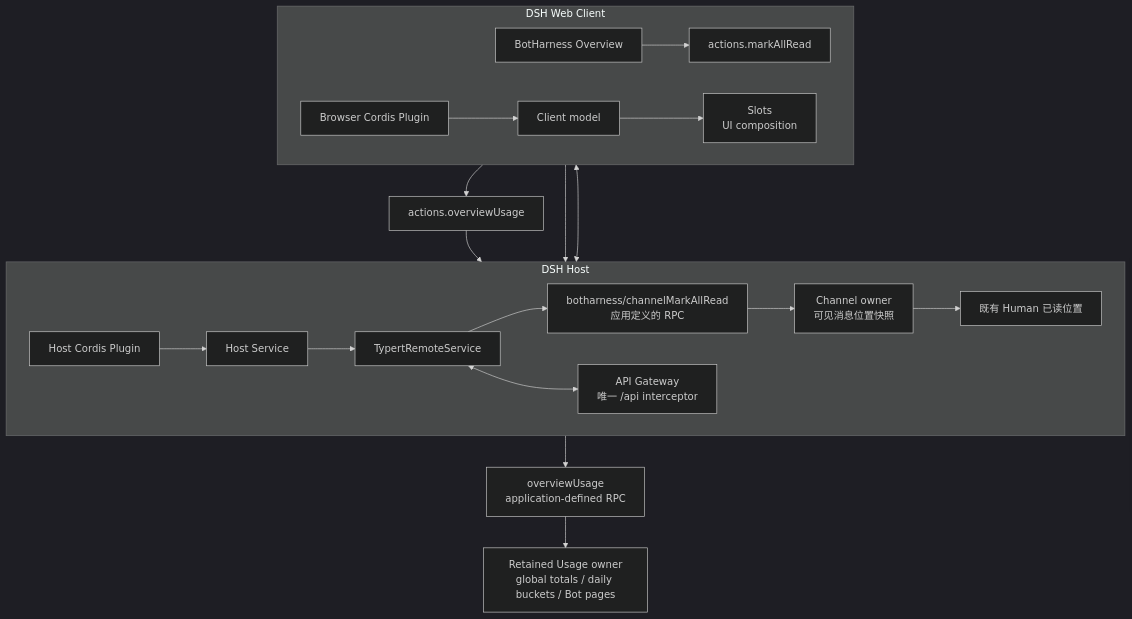
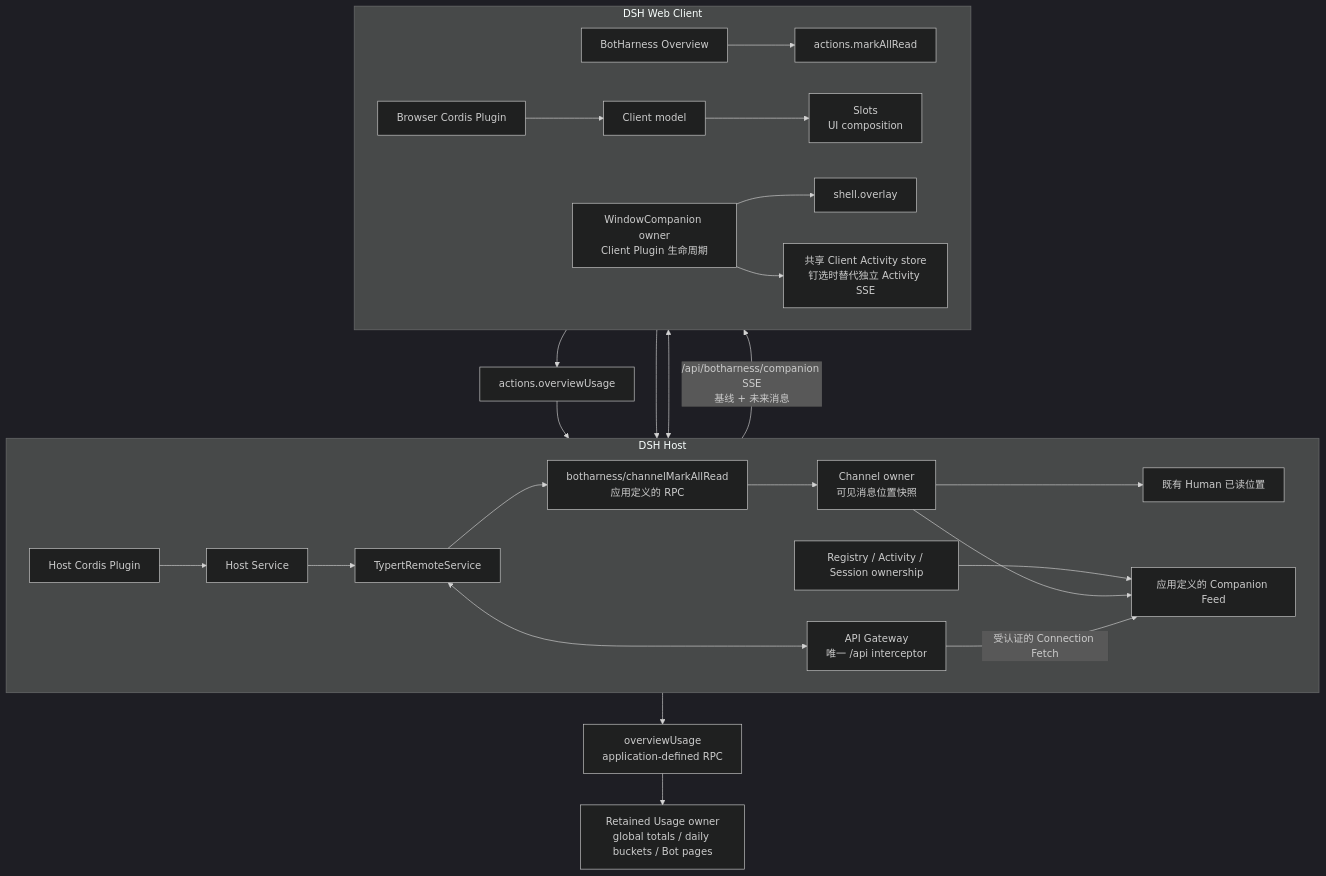
Before and after one commit to BotHarness/BotHarness: the diagram in docs/architecture/diagrams/09-dsh-host-client.mmd, drawn with Mermaid (dark theme). The commit also changed 14 other files, not shown here.

```diff
--- a/docs/architecture/diagrams/09-dsh-host-client.mmd
+++ b/docs/architecture/diagrams/09-dsh-host-client.mmd
@@ -1,22 +1,28 @@
 flowchart TB
   subgraph Host["DSH Host"]
     direction LR
     HostPlugin["Host Cordis Plugin"] --> Service["Host Service"]
     Service --> Remote["TypertRemoteService"]
     ReadRPC["botharness/channelMarkAllRead<br/>应用定义的 RPC"] --> Channels["Channel owner<br/>可见消息位置快照"]
     Channels --> ReadPositions["既有 Human 已读位置"]
     Remote <--> Gateway["API Gateway<br/>唯一 /api interceptor"]
+    Registry["Registry / Activity / Session ownership"] --> Feed["应用定义的 Companion Feed"]
+    Channels --> Feed
   end
   subgraph Browser["DSH Web Client"]
     direction LR
     ClientPlugin["Browser Cordis Plugin"] --> Model["Client model"]
     Overview["BotHarness Overview"] --> ReadAction["actions.markAllRead"]
     Model --> Slots["Slots<br/>UI composition"]
+    Companion["WindowCompanion owner<br/>Client Plugin 生命周期"] --> Overlay["shell.overlay"]
+    Companion --> Activity["共享 Client Activity store<br/>钉选时替代独立 Activity SSE"]
   end
   Gateway <--> Model
+  Gateway -->|"受认证的 Connection Fetch"| Feed
+  Feed -->|"/api/botharness/companion SSE<br/>基线 + 未来消息"| Companion
   ReadAction --> Gateway
   Remote --> ReadRPC
   Overview --> UsageAction["actions.overviewUsage"]
   UsageAction --> Gateway
   Remote --> UsageRPC["overviewUsage<br/>application-defined RPC"]
   UsageRPC --> UsageOwner["Retained Usage owner<br/>global totals / daily buckets / Bot pages"]
```
